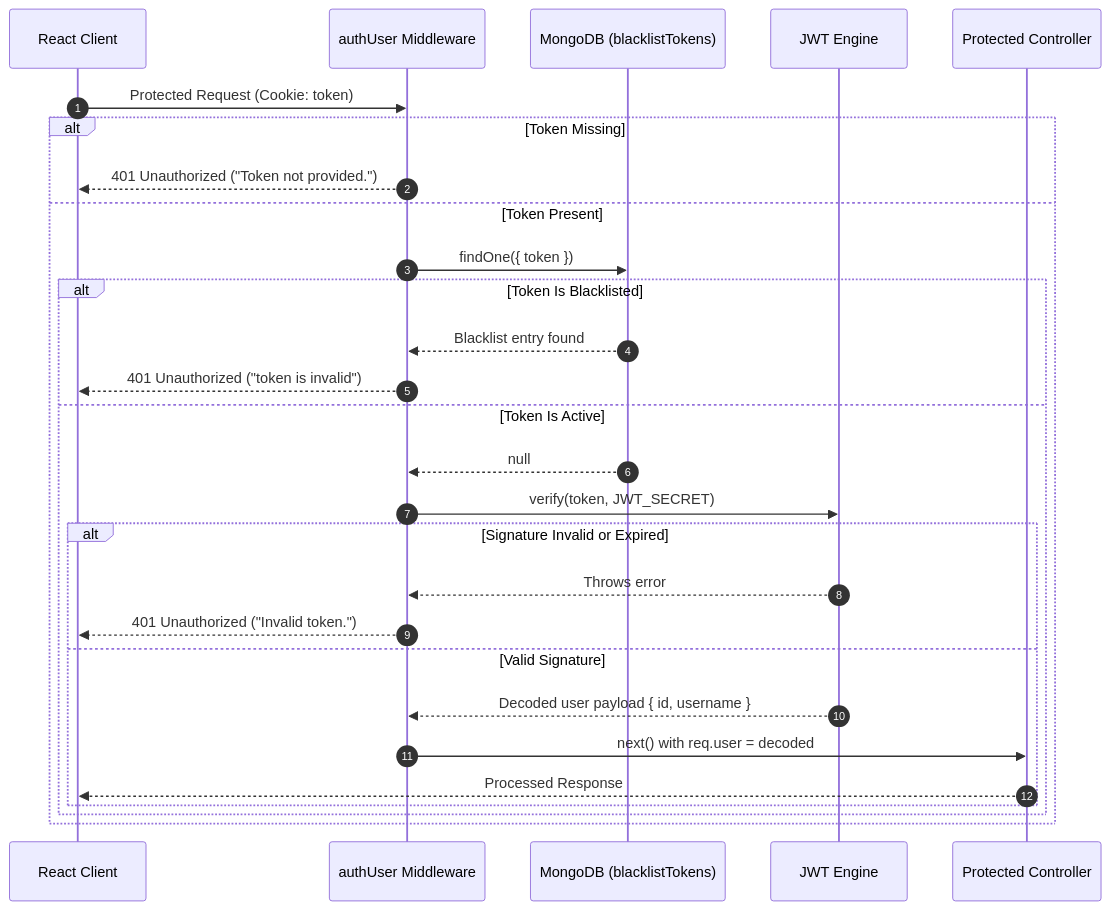
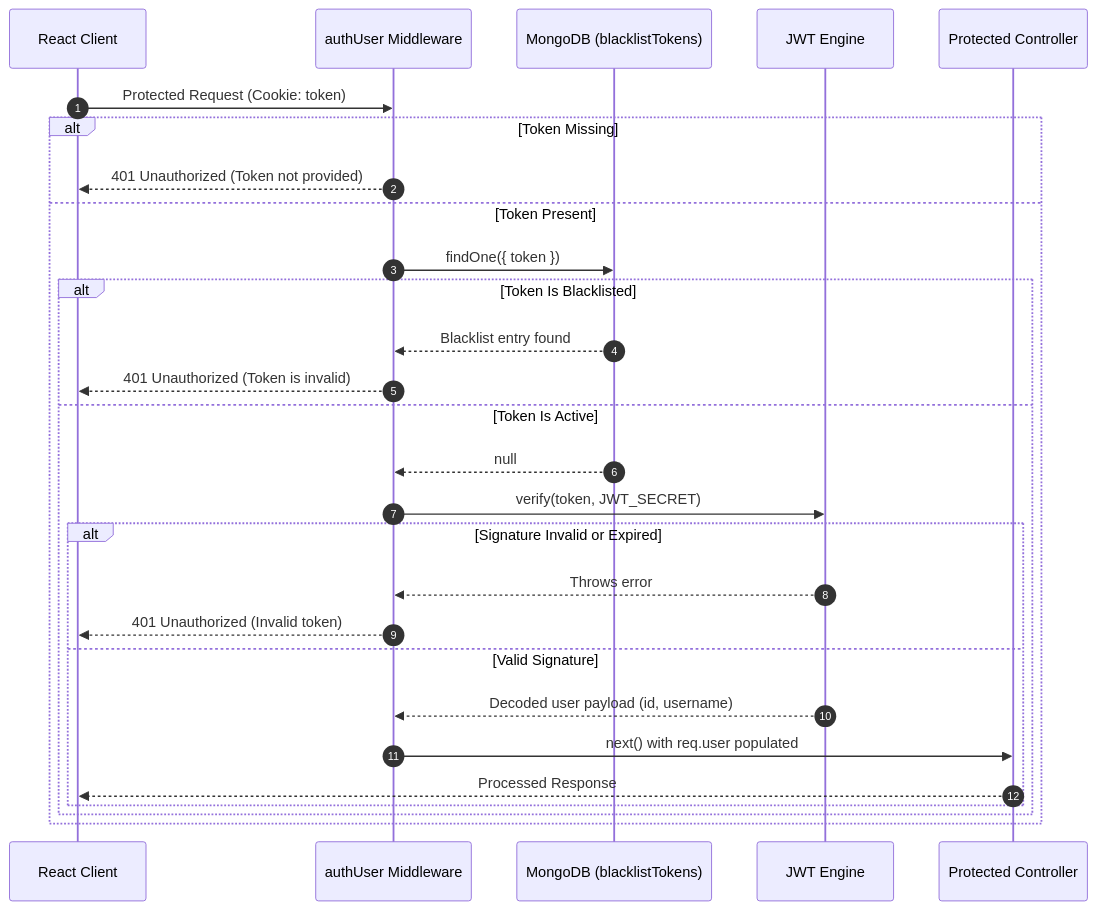
Before and after one commit to Shivam-S-Ramoliya/Gen-AI-Project: the fourth of 7 diagrams in Documents/sequence_diagrams.md, drawn with Mermaid. The commit also changed other lines of this file and 4 other files, not shown here.

Commit message:
fix(docs): resolve Mermaid syntax and character escaping in sequence diagrams

````diff
--- a/Documents/sequence_diagrams.md
+++ b/Documents/sequence_diagrams.md
@@ -102,32 +102,32 @@
 ```mermaid
 sequenceDiagram
     autonumber
     participant Frontend as React Client
     participant AuthMiddleware as authUser Middleware
     participant BlacklistModel as MongoDB (blacklistTokens)
     participant JWT as JWT Engine
     participant TargetController as Protected Controller
 
     Frontend->>AuthMiddleware: Protected Request (Cookie: token)
     
     alt Token Missing
-        AuthMiddleware-->>Frontend: 401 Unauthorized ("Token not provided.")
+        AuthMiddleware-->>Frontend: 401 Unauthorized (Token not provided)
     else Token Present
         AuthMiddleware->>BlacklistModel: findOne({ token })
         alt Token Is Blacklisted
             BlacklistModel-->>AuthMiddleware: Blacklist entry found
-            AuthMiddleware-->>Frontend: 401 Unauthorized ("token is invalid")
+            AuthMiddleware-->>Frontend: 401 Unauthorized (Token is invalid)
         else Token Is Active
             BlacklistModel-->>AuthMiddleware: null
             AuthMiddleware->>JWT: verify(token, JWT_SECRET)
             alt Signature Invalid or Expired
                 JWT-->>AuthMiddleware: Throws error
-                AuthMiddleware-->>Frontend: 401 Unauthorized ("Invalid token.")
+                AuthMiddleware-->>Frontend: 401 Unauthorized (Invalid token)
             else Valid Signature
-                JWT-->>AuthMiddleware: Decoded user payload { id, username }
-                AuthMiddleware->>TargetController: next() with req.user = decoded
+                JWT-->>AuthMiddleware: Decoded user payload (id, username)
+                AuthMiddleware->>TargetController: next() with req.user populated
                 TargetController-->>Frontend: Processed Response
             end
         end
     end
 ```
````
